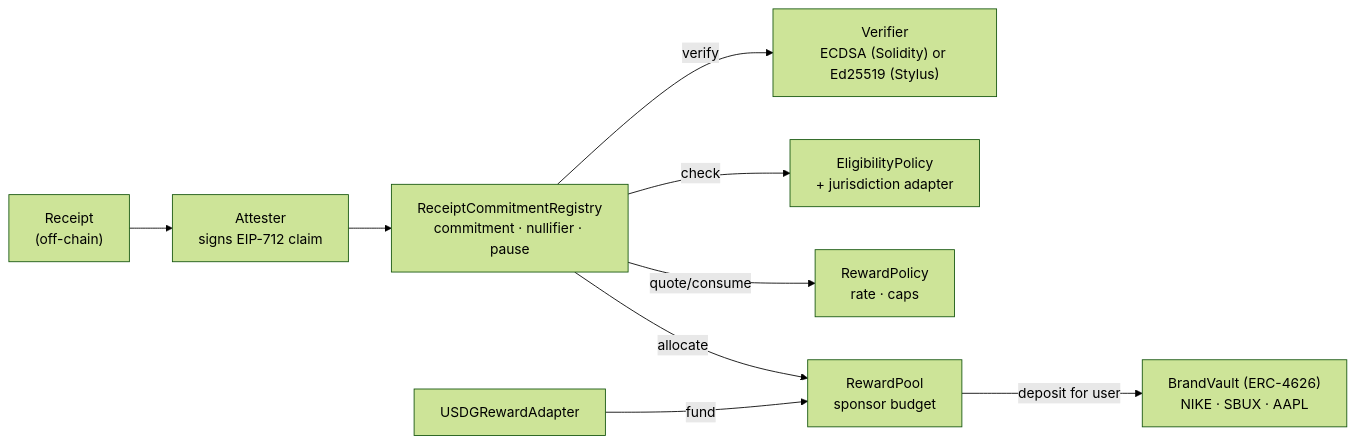
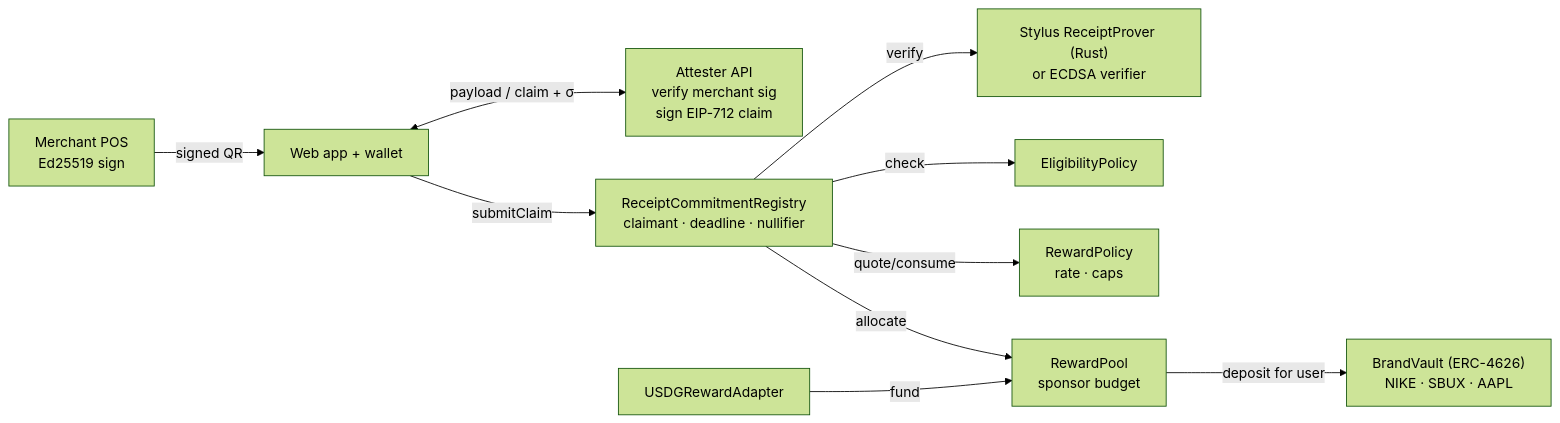
Before and after one commit to notwen123/STOCKBACK: the first of 2 diagrams in README.md, drawn with Mermaid (forest theme). The commit also changed other lines of this file and 23 other files, not shown here.

Commit message:
docs: visual README with hero, problem, solution, architecture, workflows, product tour and market gap

````diff
--- a/README.md
+++ b/README.md
@@ -42,11 +123,12 @@
 ```mermaid
 flowchart LR
-    R["Receipt<br/>(off-chain)"] --> A["Attester<br/>signs EIP-712 claim"]
-    A --> REG["ReceiptCommitmentRegistry<br/>commitment · nullifier · pause"]
-    REG -->|verify| V["Verifier<br/>ECDSA (Solidity) or Ed25519 (Stylus)"]
-    REG -->|check| E["EligibilityPolicy<br/>+ jurisdiction adapter"]
+    POS["Merchant POS<br/>Ed25519 sign"] -->|signed QR| APP["Web app + wallet"]
+    APP <-->|payload / claim + σ| ATT["Attester API<br/>verify merchant sig<br/>sign EIP-712 claim"]
+    APP -->|submitClaim| REG["ReceiptCommitmentRegistry<br/>claimant · deadline · nullifier"]
+    REG -->|verify| V["Stylus ReceiptProver (Rust)<br/>or ECDSA verifier"]
+    REG -->|check| E["EligibilityPolicy"]
     REG -->|quote/consume| P["RewardPolicy<br/>rate · caps"]
     REG -->|allocate| POOL["RewardPool<br/>sponsor budget"]
     USDG["USDGRewardAdapter"] -->|fund| POOL
     POOL -->|deposit for user| BV["BrandVault (ERC-4626)<br/>NIKE · SBUX · AAPL"]
 ```
````
